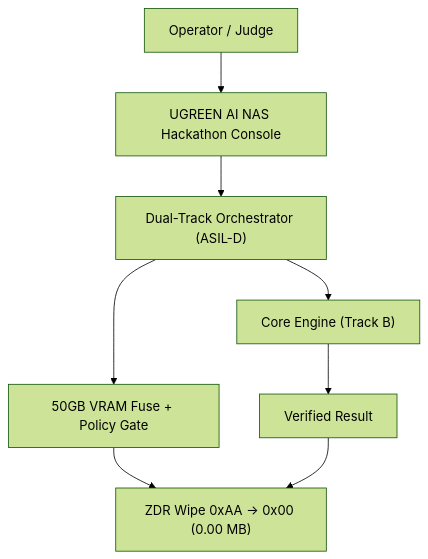
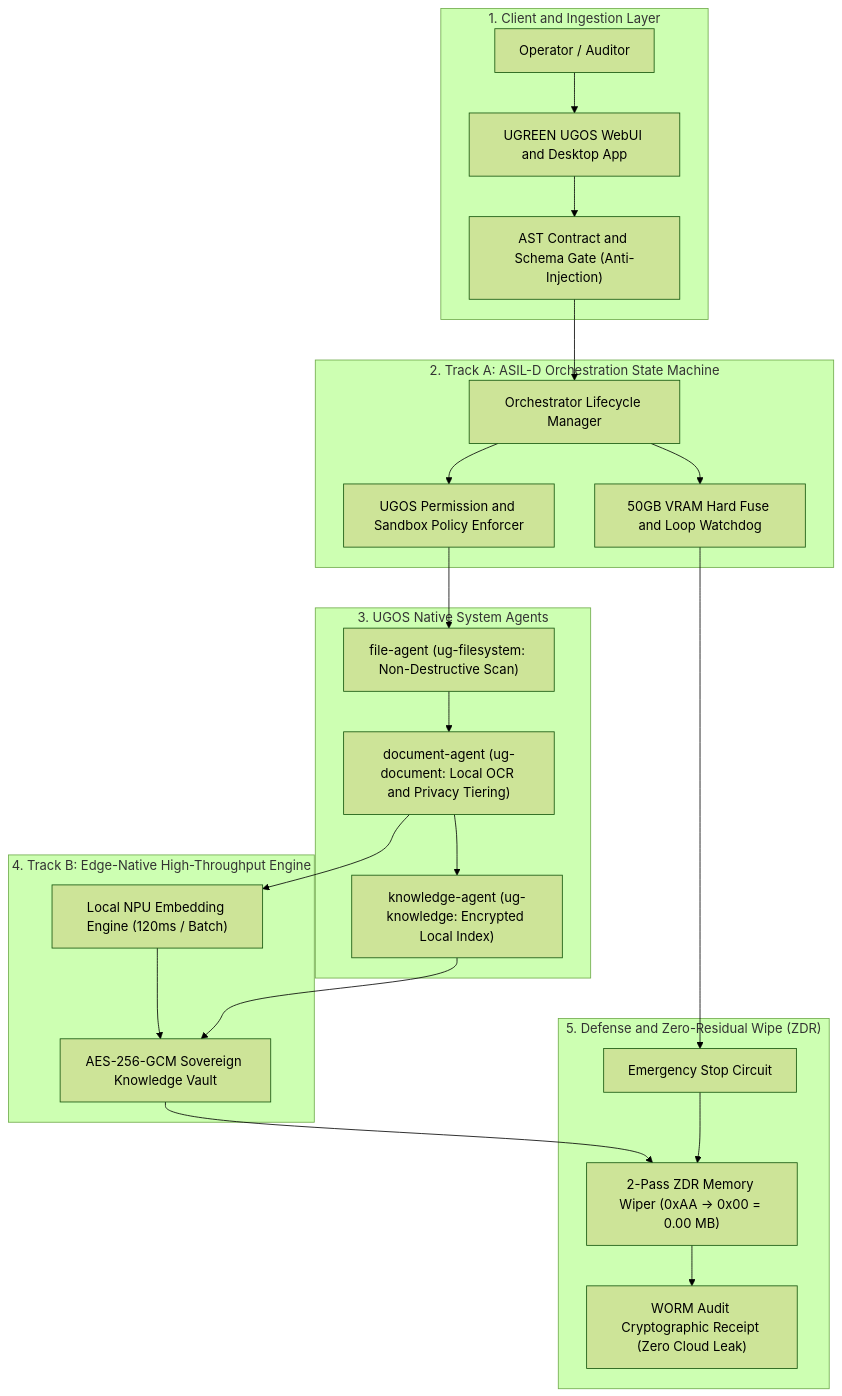
The first of 4 diagrams in 01_Specs/01_Project_Proposal_Spec.md (jackhu24-ship-it/phantom-grid-ugreen-ai-nas), drawn with Mermaid (forest theme) before and after one commit. The commit also changed other lines of this file and 17 other files, not shown here.

Commit message:
feat(submission): official submission update - four diagrams one table whitepaper, 1440p template 03 video manifest, and devpost status

````diff
--- a/01_Specs/01_Project_Proposal_Spec.md
+++ b/01_Specs/01_Project_Proposal_Spec.md
@@ -70,10 +105,32 @@
 ```mermaid
 flowchart TD
-    Op["Operator / Judge"] --> UI["UGREEN AI NAS Hackathon Console"]
-    UI --> Orch["Dual-Track Orchestrator (ASIL-D)"]
-    Orch --> Core["Core Engine (Track B)"]
-    Orch --> Guard["50GB VRAM Fuse + Policy Gate"]
-    Core --> Out["Verified Result"]
-    Guard --> ZDR["ZDR Wipe 0xAA -> 0x00 (0.00 MB)"]
-    Out --> ZDR
+    subgraph ClientLayer["1. Client and Ingestion Layer"]
+        Op["Operator / Auditor"] --> UI["UGREEN UGOS WebUI and Desktop App"]
+        UI --> Gate["AST Contract and Schema Gate (Anti-Injection)"]
+    end
+
+    subgraph TrackA["2. Track A: ASIL-D Orchestration State Machine"]
+        Gate --> Orch["Orchestrator Lifecycle Manager"]
+        Orch --> Policy["UGOS Permission and Sandbox Policy Enforcer"]
+        Orch --> Watchdog["50GB VRAM Hard Fuse and Loop Watchdog"]
+    end
+
+    subgraph SystemAgents["3. UGOS Native System Agents"]
+        Policy --> FA["file-agent (ug-filesystem: Non-Destructive Scan)"]
+        FA --> DA["document-agent (ug-document: Local OCR and Privacy Tiering)"]
+        DA --> KA["knowledge-agent (ug-knowledge: Encrypted Local Index)"]
+    end
+
+    subgraph TrackB["4. Track B: Edge-Native High-Throughput Engine"]
+        DA --> NPU["Local NPU Embedding Engine (120ms / Batch)"]
+        NPU --> Vault["AES-256-GCM Sovereign Knowledge Vault"]
+        KA --> Vault
+    end
+
+    subgraph DefenseLayer["5. Defense and Zero-Residual Wipe (ZDR)"]
+        Watchdog --> EStop["Emergency Stop Circuit"]
+        Vault --> ZDR["2-Pass ZDR Memory Wiper (0xAA -> 0x00 = 0.00 MB)"]
+        EStop --> ZDR
+        ZDR --> Receipt["WORM Audit Cryptographic Receipt (Zero Cloud Leak)"]
+    end
 ```
````
